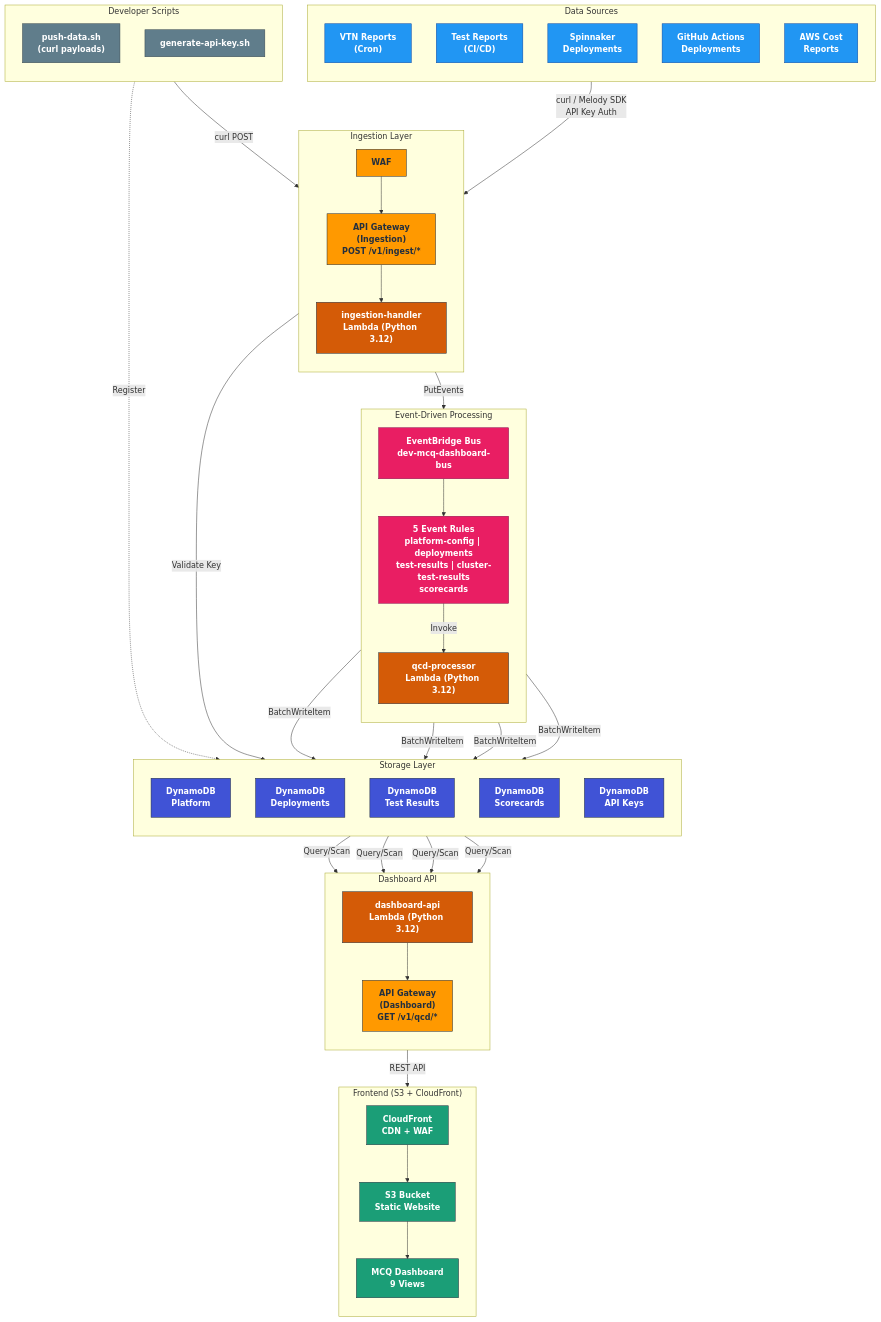
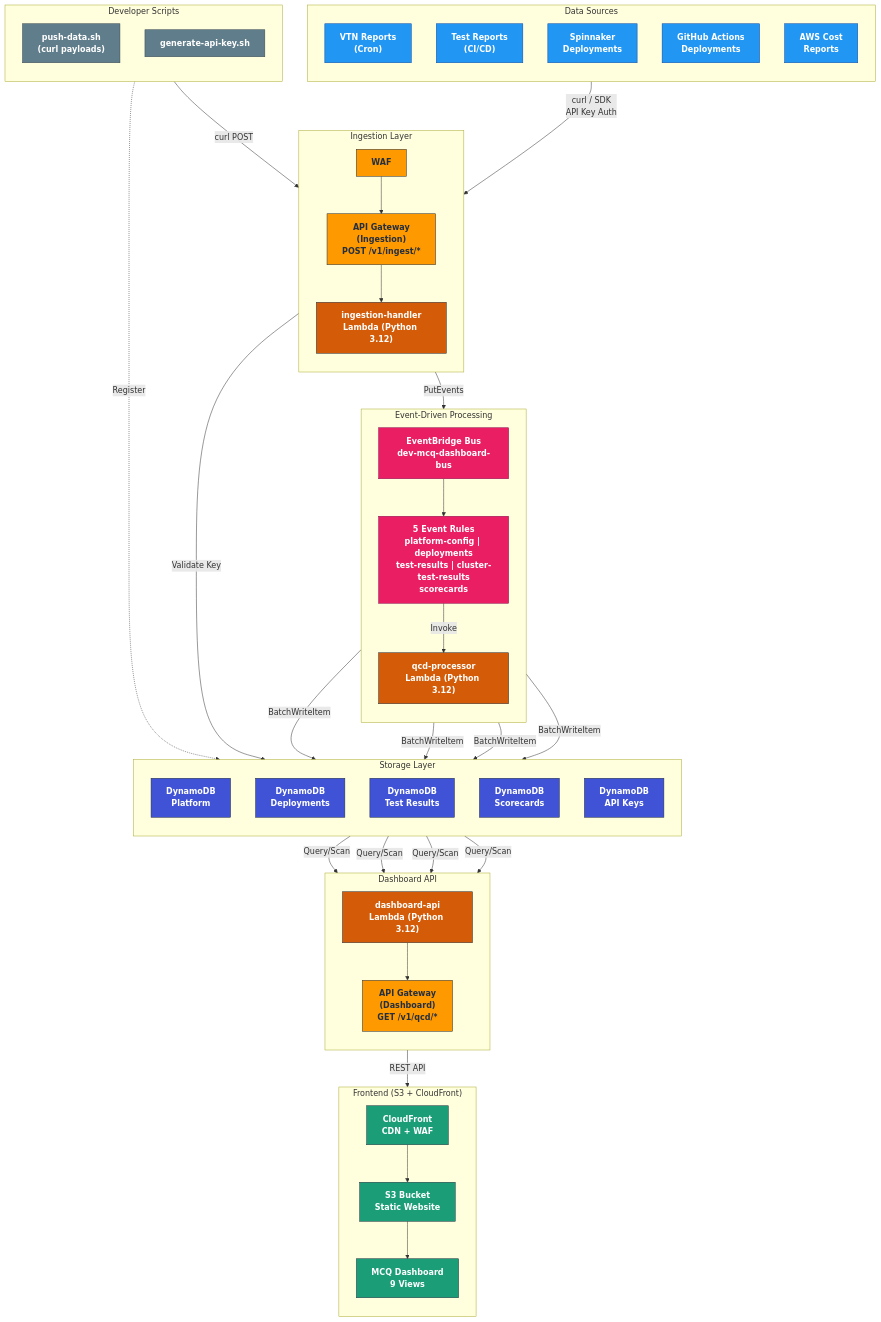
One commit to biswa-r-singh/mcq-dashboard-demo changed the first of 5 diagrams in docs/architecture.md. Above: the diagram before and after it, drawn with Mermaid. The commit also changed other lines of this file, not shown here.

Commit message:
docs: add API management comparison and API GW + ALB + EKS architecture diagrams

```diff
--- a/docs/architecture.md
+++ b/docs/architecture.md
@@ -56,7 +56,7 @@
     end
 
     %% Data flow — Ingestion path
-    Sources -->|"curl / Melody SDK<br/>API Key Auth"| WAF_IN
+    Sources -->|"curl / SDK<br/>API Key Auth"| WAF_IN
     PUSH -->|"curl POST"| WAF_IN
     WAF_IN --> APIGW_IN
     APIGW_IN --> LAMBDA_IN
```
